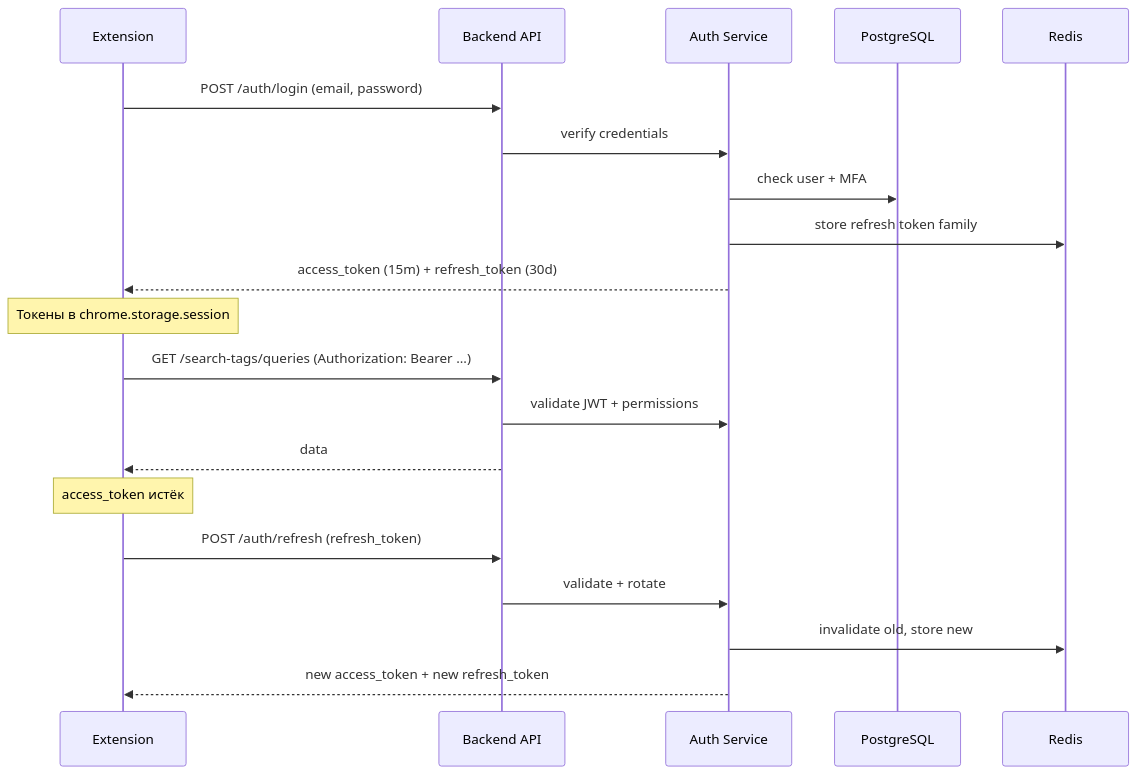
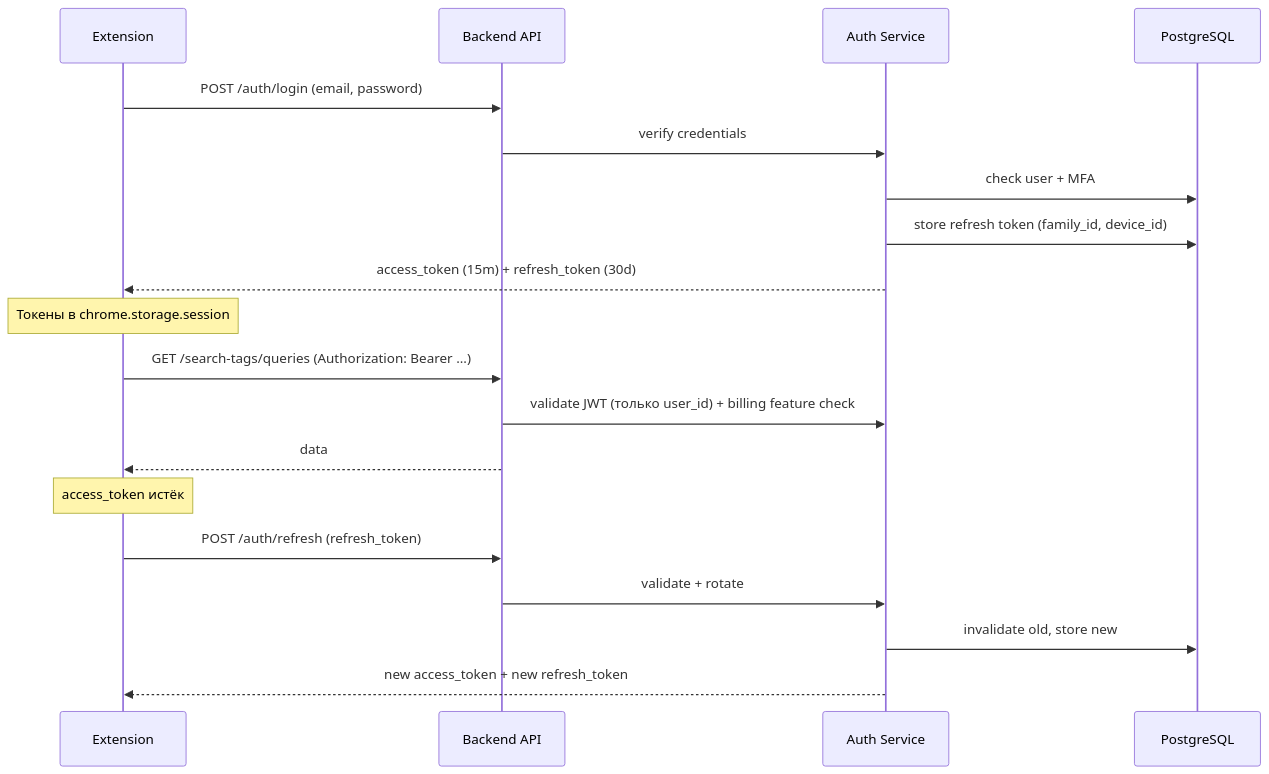
One commit to MarketHackerLabs/docs changed the first of 2 diagrams in architecture/authentication.md. Above: the diagram before and after it, drawn with Mermaid. The commit also changed other lines of this file and 9 other files, not shown here.

````diff
--- a/architecture/authentication.md
+++ b/architecture/authentication.md
@@ -13,27 +13,26 @@
 ```mermaid
 sequenceDiagram
     participant EXT as Extension
     participant API as Backend API
     participant AUTH as Auth Service
     participant PG as PostgreSQL
-    participant REDIS as Redis
 
     EXT->>API: POST /auth/login (email, password)
     API->>AUTH: verify credentials
     AUTH->>PG: check user + MFA
-    AUTH->>REDIS: store refresh token family
+    AUTH->>PG: store refresh token (family_id, device_id)
     AUTH-->>EXT: access_token (15m) + refresh_token (30d)
 
     Note over EXT: Токены в chrome.storage.session
 
     EXT->>API: GET /search-tags/queries (Authorization: Bearer ...)
-    API->>AUTH: validate JWT + permissions
+    API->>AUTH: validate JWT (только user_id) + billing feature check
     API-->>EXT: data
 
     Note over EXT: access_token истёк
 
     EXT->>API: POST /auth/refresh (refresh_token)
     API->>AUTH: validate + rotate
-    AUTH->>REDIS: invalidate old, store new
+    AUTH->>PG: invalidate old, store new
     AUTH-->>EXT: new access_token + new refresh_token
 ```
````
